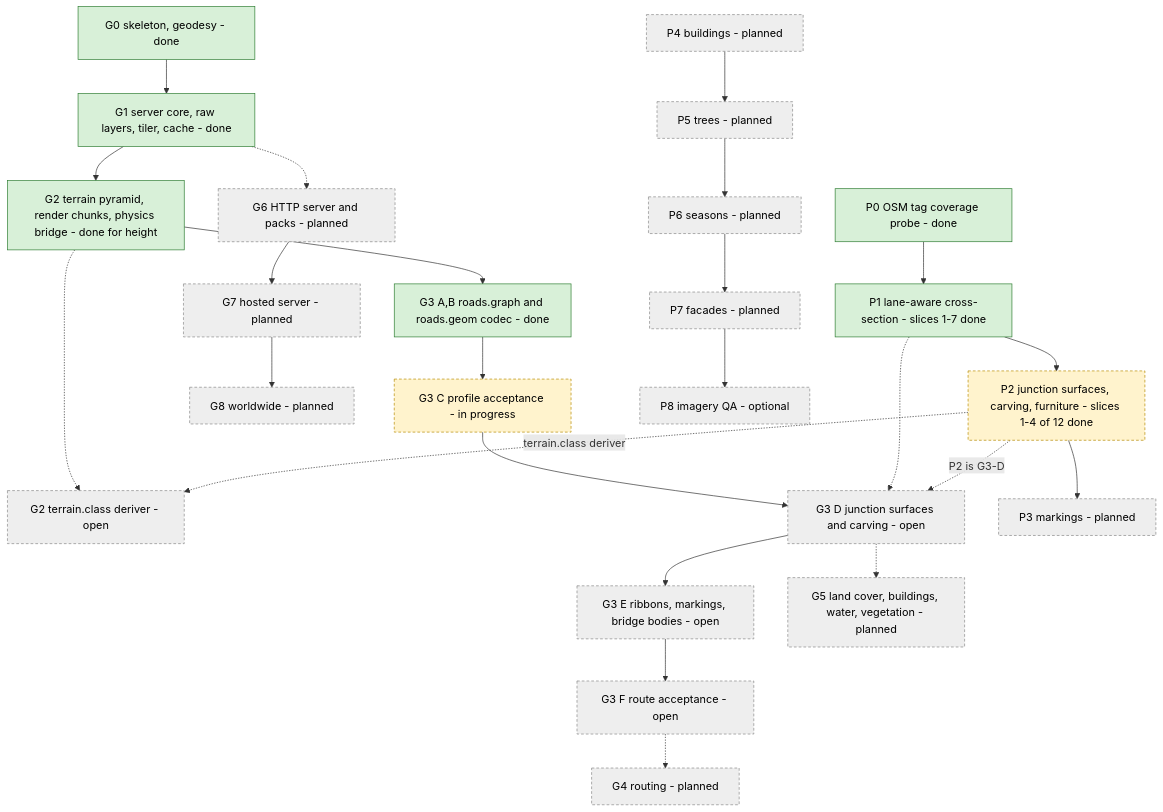
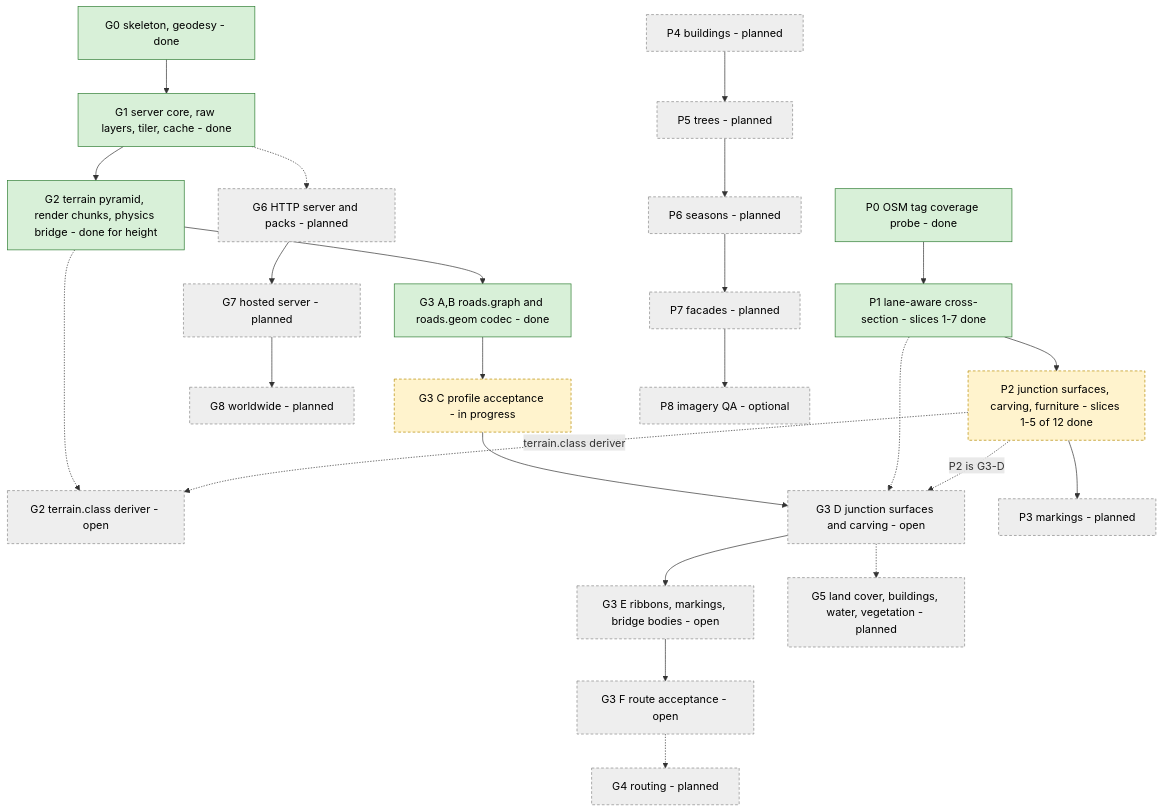
The fourth of 4 diagrams in docs/pipeline/README.md (SebastianDanielFrenz/geo2map_engine), drawn with Mermaid before and after one commit. The commit also changed other lines of this file and 8 other files, not shown here.

````diff
--- a/docs/pipeline/README.md
+++ b/docs/pipeline/README.md
@@ -268,44 +268,44 @@
 ```mermaid
 flowchart TB
   G0["G0 skeleton, geodesy - done"]
   G1["G1 server core, raw layers, tiler, cache - done"]
   G2["G2 terrain pyramid, render chunks, physics bridge - done for height"]
   G2C["G2 terrain.class deriver - open"]
   G3A["G3 A,B roads.graph and roads.geom codec - done"]
   G3C["G3 C profile acceptance - in progress"]
   G3D["G3 D junction surfaces and carving - open"]
   G3E["G3 E ribbons, markings, bridge bodies - open"]
   G3F["G3 F route acceptance - open"]
   G4["G4 routing - planned"]
   G5["G5 land cover, buildings, water, vegetation - planned"]
   G6["G6 HTTP server and packs - planned"]
   G7["G7 hosted server - planned"]
   G8["G8 worldwide - planned"]
   P0["P0 OSM tag coverage probe - done"]
   P1["P1 lane-aware cross-section - slices 1-7 done"]
-  P2["P2 junction surfaces, carving, furniture - slices 1-4 of 12 done"]
+  P2["P2 junction surfaces, carving, furniture - slices 1-5 of 12 done"]
   P3["P3 markings - planned"]
   P4["P4 buildings - planned"]
   P5["P5 trees - planned"]
   P6["P6 seasons - planned"]
   P7["P7 facades - planned"]
   P8["P8 imagery QA - optional"]
 
   G0 --> G1 --> G2 --> G3A --> G3C --> G3D --> G3E --> G3F
   G2 -.-> G2C
   G3F -.-> G4
   G3D -.-> G5
   G1 -.-> G6 --> G7 --> G8
   P0 --> P1 --> P2 --> P3
   P1 -.-> G3D
   P2 -.->|"P2 is G3-D"| G3D
   P2 -.->|"terrain.class deriver"| G2C
   P4 --> P5 --> P6 --> P7 --> P8
 
   classDef done fill:#d8f0d8,stroke:#2e7d32,color:#000;
   classDef part fill:#fff3cd,stroke:#b58900,stroke-dasharray:4 3,color:#000;
   classDef plan fill:#eeeeee,stroke:#888888,stroke-dasharray:4 3,color:#000;
   class G0,G1,G2,G3A,P0,P1 done;
   class G3C,P2 part;
   class G2C,G3D,G3E,G3F,G4,G5,G6,G7,G8,P3,P4,P5,P6,P7,P8 plan;
 ```
````
